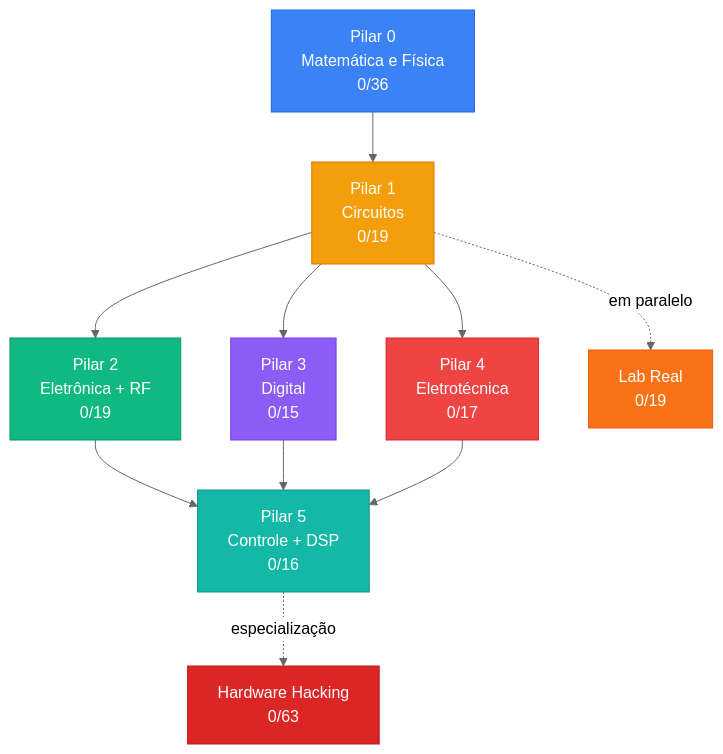
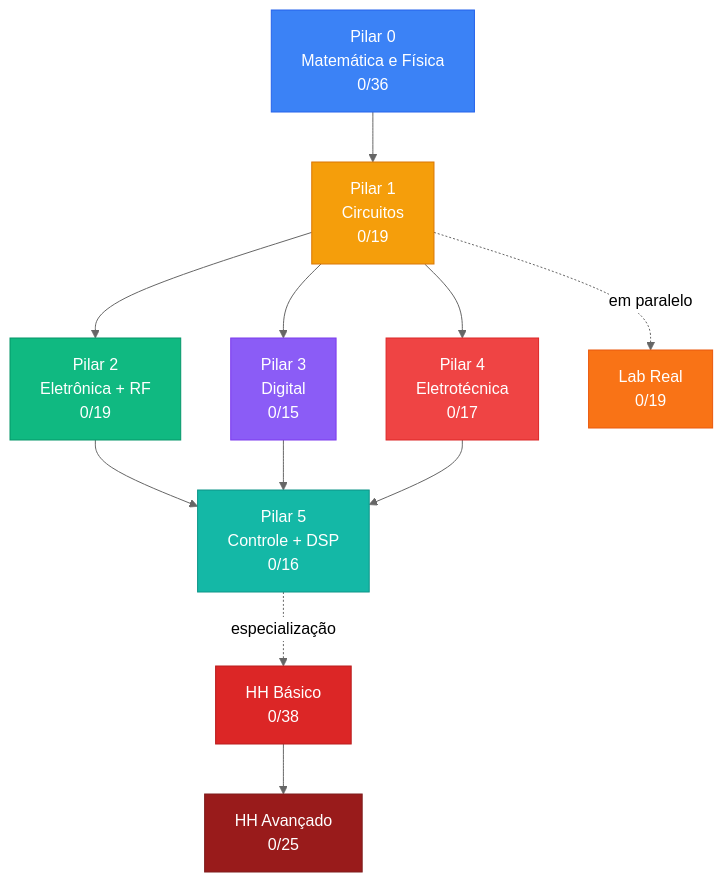
One commit to webtraveler-br/webtraveler-br changed the diagram in README.md. Above: the diagram before and after it, drawn with Mermaid (neutral theme).

Commit message:
chore: sync roadmap progress from EE repo

````diff
--- a/README.md
+++ b/README.md
@@ -77,26 +77,29 @@
 ```mermaid
 graph TD
     P0["Pilar 0<br/>Matemática e Física<br/>0/36"]
     P1["Pilar 1<br/>Circuitos<br/>0/19"]
     P2["Pilar 2<br/>Eletrônica + RF<br/>0/19"]
     P3["Pilar 3<br/>Digital<br/>0/15"]
     P4["Pilar 4<br/>Eletrotécnica<br/>0/17"]
     P5["Pilar 5<br/>Controle + DSP<br/>0/16"]
     LAB["Lab Real<br/>0/19"]
-    HH["Hardware Hacking<br/>0/63"]
+    HHB["HH Básico<br/>0/38"]
+    HHA["HH Avançado<br/>0/25"]
 
     P0 --> P1
     P1 --> P2 & P3 & P4
     P2 & P3 & P4 --> P5
     P1 -.->|em paralelo| LAB
-    P5 -.->|especialização| HH
+    P5 -.->|especialização| HHB
+    HHB --> HHA
 
     style P0 fill:#3b82f6,color:#fff,stroke:#2563eb
     style P1 fill:#f59e0b,color:#fff,stroke:#d97706
     style P2 fill:#10b981,color:#fff,stroke:#059669
     style P3 fill:#8b5cf6,color:#fff,stroke:#7c3aed
     style P4 fill:#ef4444,color:#fff,stroke:#dc2626
     style P5 fill:#14b8a6,color:#fff,stroke:#0d9488
     style LAB fill:#f97316,color:#fff,stroke:#ea580c
-    style HH fill:#dc2626,color:#fff,stroke:#b91c1c
+    style HHB fill:#dc2626,color:#fff,stroke:#b91c1c
+    style HHA fill:#991b1b,color:#fff,stroke:#7f1d1d
 ```
````
